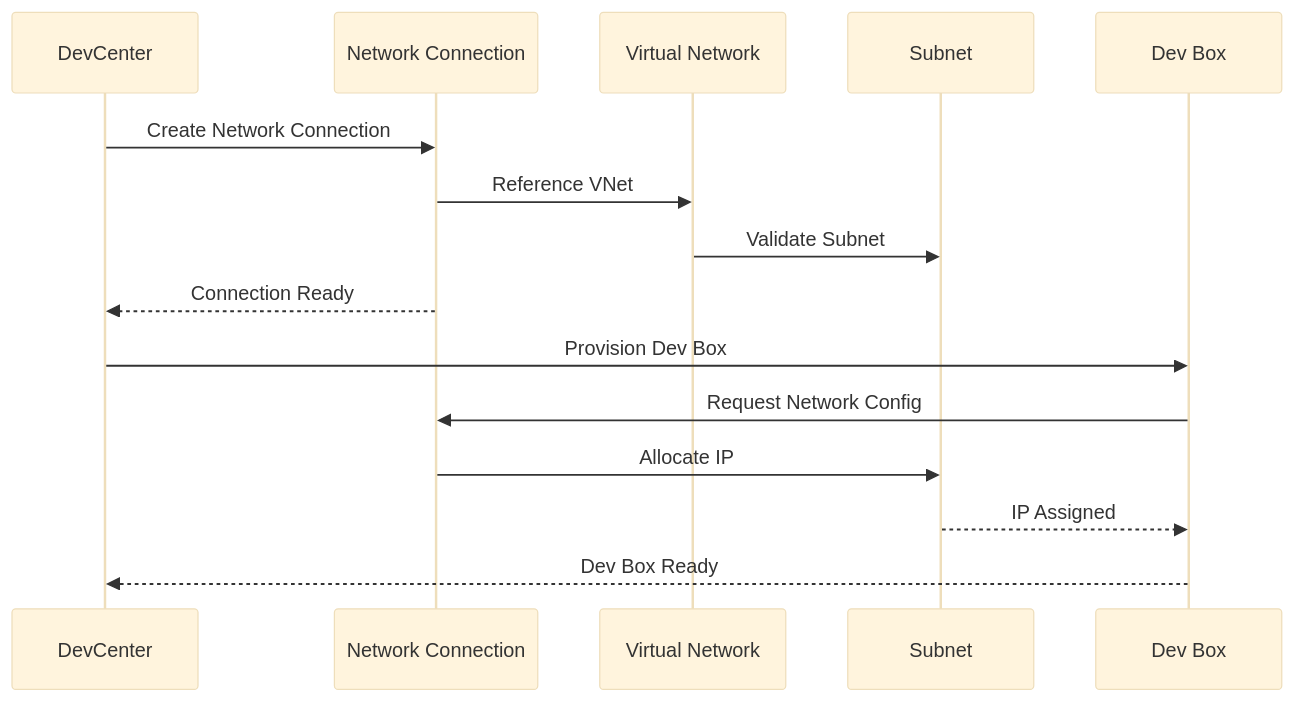
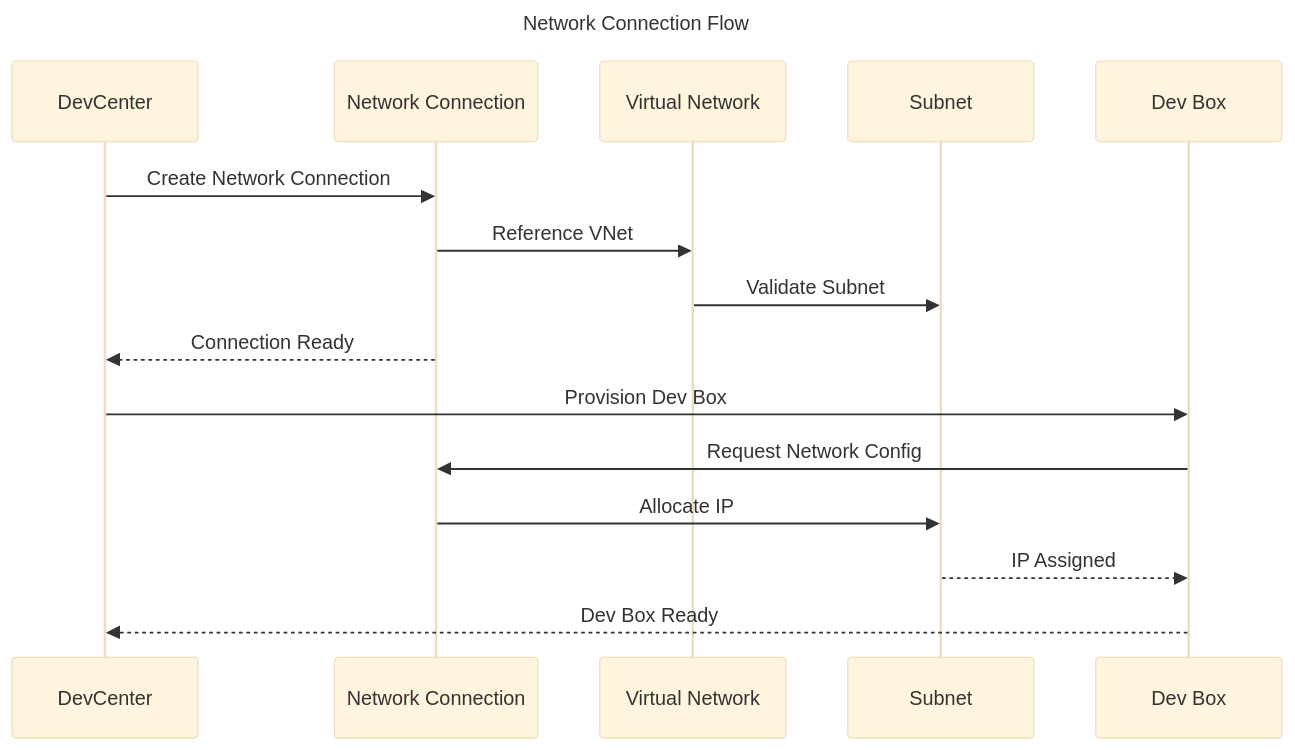
One commit to Evilazaro/DevExp-DevBox changed the fourth of 14 diagrams in docs/architecture/04-technology-architecture.md. Above: the diagram before and after it, drawn with Mermaid (base theme). The commit also changed other lines of this file, not shown here.

Commit message:
Refactor technology architecture documentation to enhance clarity and detail in Azure services flowcharts and four-zone architecture diagrams

````diff
--- a/docs/architecture/04-technology-architecture.md
+++ b/docs/architecture/04-technology-architecture.md
@@ -335,19 +426,25 @@
 ```mermaid
+---
+title: Network Connection Flow
+---
 sequenceDiagram
+    %% ===== PARTICIPANTS =====
     participant DC as DevCenter
     participant NC as Network Connection
     participant VNet as Virtual Network
     participant Subnet as Subnet
     participant DB as Dev Box
 
+    %% ===== CONNECTION SETUP =====
     DC->>NC: Create Network Connection
     NC->>VNet: Reference VNet
     VNet->>Subnet: Validate Subnet
     NC-->>DC: Connection Ready
 
+    %% ===== DEV BOX PROVISIONING =====
     DC->>DB: Provision Dev Box
     DB->>NC: Request Network Config
     NC->>Subnet: Allocate IP
     Subnet-->>DB: IP Assigned
     DB-->>DC: Dev Box Ready
 ```
````
